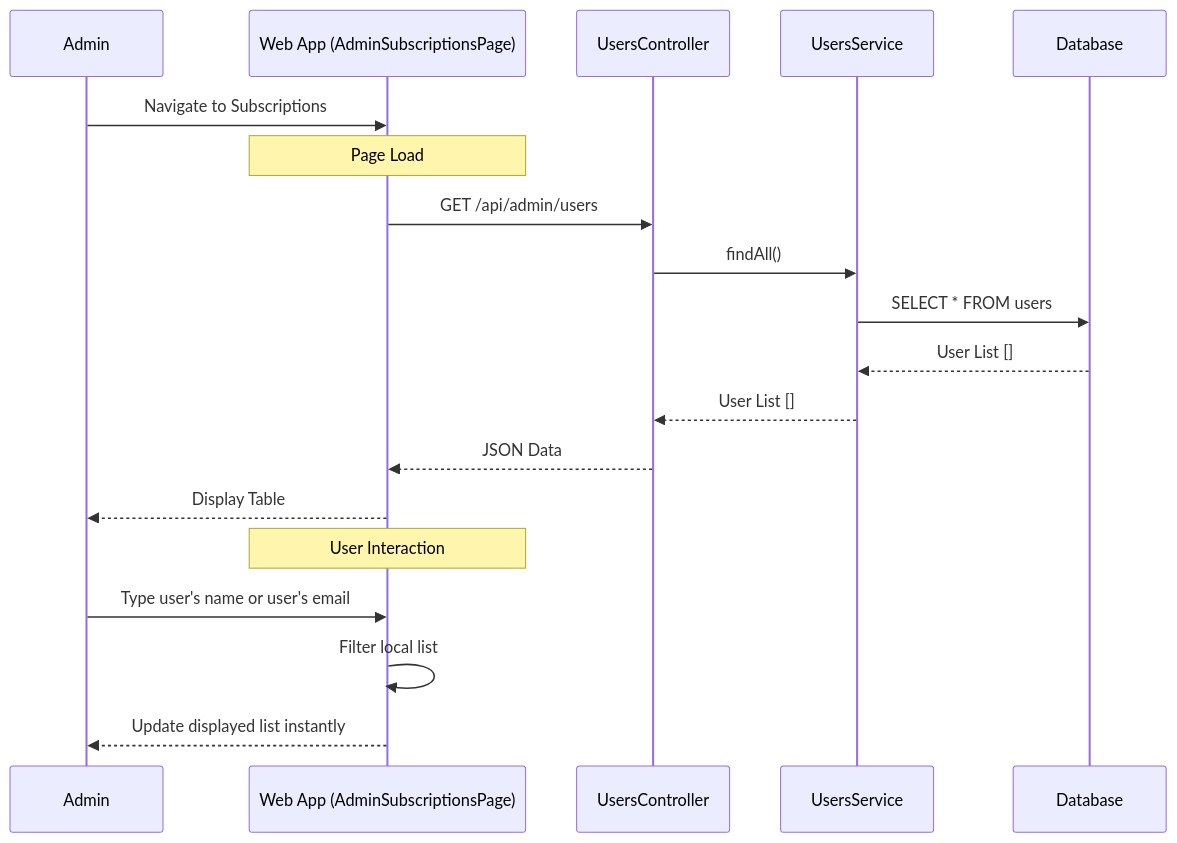
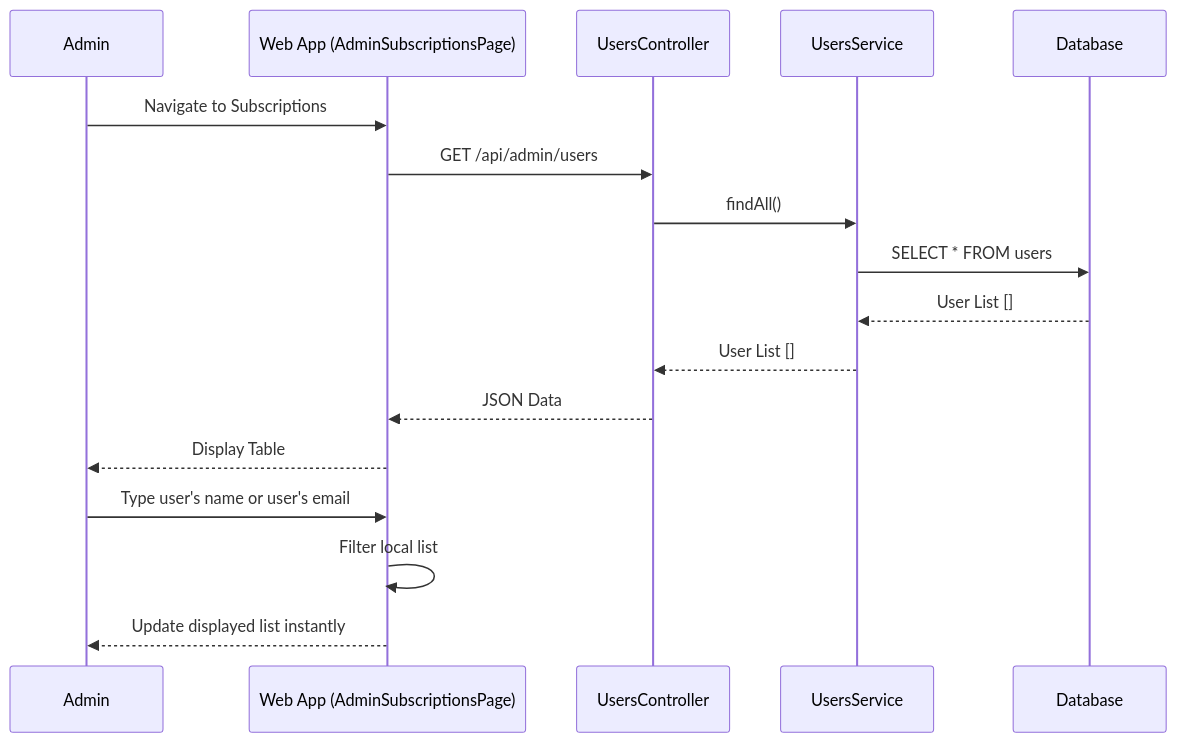
One commit to duong4444/agribot-dev changed the second of 3 diagrams in DOC-TTCS/subscription_management_docs.md. Above: the diagram before and after it, drawn with Mermaid. The commit also changed other lines of this file and 10 other files, not shown here.

````diff
--- a/DOC-TTCS/subscription_management_docs.md
+++ b/DOC-TTCS/subscription_management_docs.md
@@ -60,22 +59,20 @@
 ```mermaid
 sequenceDiagram
     participant A as Admin
     participant FE as Web App (AdminSubscriptionsPage)
     participant CTL as UsersController
     participant SVC as UsersService
     participant DB as Database
     A->>FE: Navigate to Subscriptions
-    Note over FE: Page Load
     FE->>CTL: GET /api/admin/users
     CTL->>SVC: findAll()
     SVC->>DB: SELECT * FROM users
     DB-->>SVC: User List []
     SVC-->>CTL: User List []
     CTL-->>FE: JSON Data
     FE-->>A: Display Table
     
-    Note over FE: User Interaction
     A->>FE: Type user's name or user's email
     FE->>FE: Filter local list
     FE-->>A: Update displayed list instantly
 ```
````
